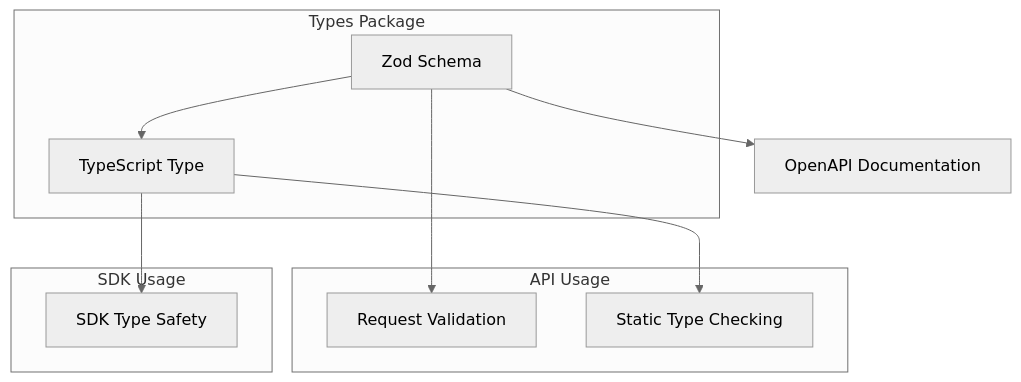
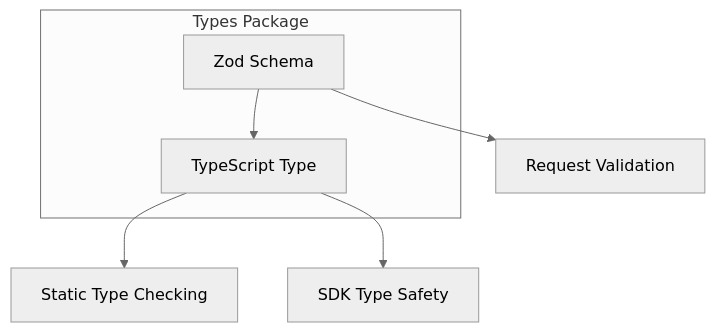
One commit to open-crosspost/open-crosspost-proxy-service changed the third of 5 diagrams in memory-bank/systemPatterns.md. Above: the diagram before and after it, drawn with Mermaid (neutral theme). The commit also changed other lines of this file and 16 other files, not shown here.

````diff
--- a/memory-bank/systemPatterns.md
+++ b/memory-bank/systemPatterns.md
@@ -176,22 +95,12 @@
 ```mermaid
 flowchart TD
     Schema[Zod Schema] --> DerivedType[TypeScript Type]
     Schema --> Validation[Request Validation]
-    Schema --> Documentation[OpenAPI Documentation]
     DerivedType --> TypeChecking[Static Type Checking]
     DerivedType --> SDK[SDK Type Safety]
     
     subgraph "Types Package"
         Schema
         DerivedType
     end
-    
-    subgraph "API Usage"
-        Validation
-        TypeChecking
-    end
-    
-    subgraph "SDK Usage"
-        SDK
-    end
 ```
````
